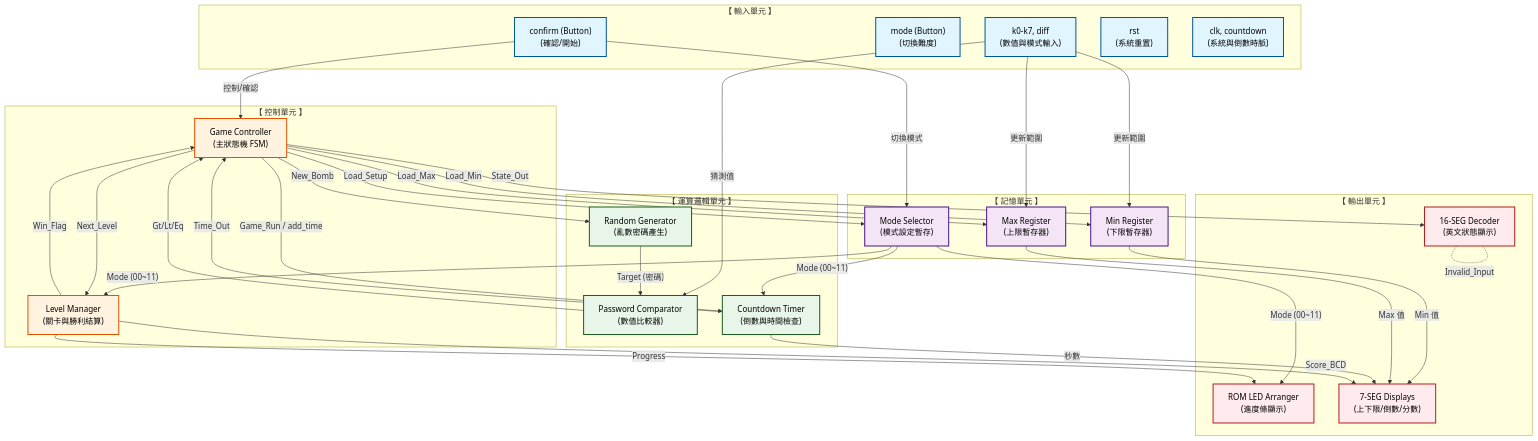
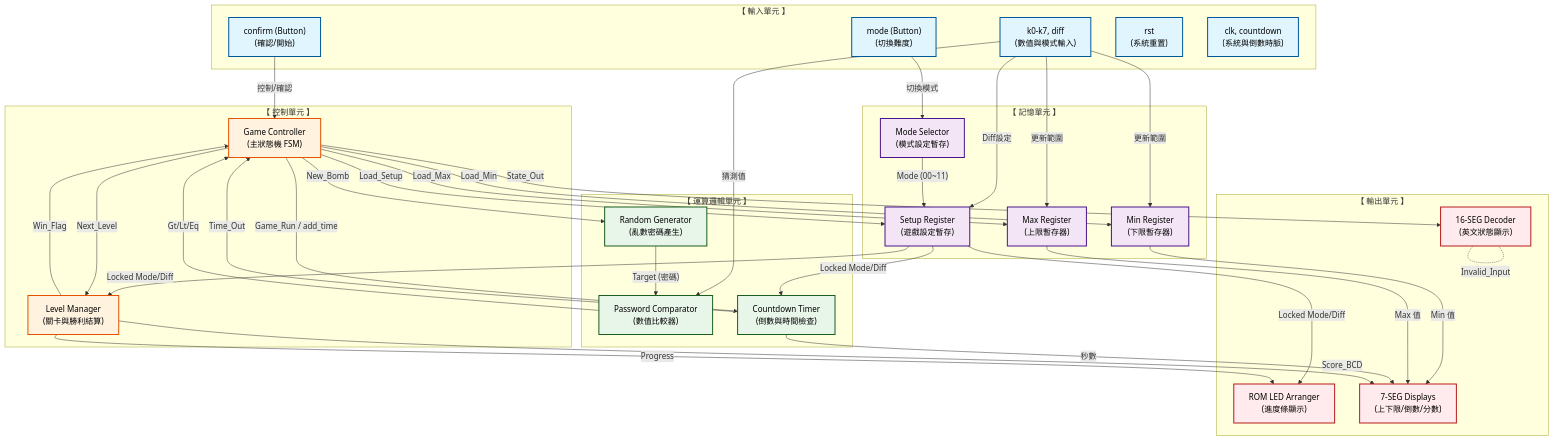
Before and after one commit to Annie04082020/UltimateBomb: the diagram in Structure.md, drawn with Mermaid.

Commit message:
docs: update project structure documentation to reflect current architecture

```diff
--- a/Structure.md
+++ b/Structure.md
@@ -29,6 +29,7 @@
 
     %% 記憶單元
     subgraph Memory_Unit ["【 記憶單元 】"]
+        M_Setup["Setup Register<br>(遊戲設定暫存)"]:::memory
         M_Mode["Mode Selector<br>(模式設定暫存)"]:::memory
         M_Min["Min Register<br>(下限暫存器)"]:::memory
         M_Max["Max Register<br>(上限暫存器)"]:::memory
@@ -52,15 +53,17 @@
 
     %% 輸入 -> 控制與運算
     I_Confirm -->|控制/確認| C_FSM
-    I_Confirm -->|切換模式| M_Mode
+    I_Mode -->|切換模式| M_Mode
     I_Switch -->|猜測值| A_Comp
     I_Switch -->|更新範圍| M_Min & M_Max
+    I_Switch -->|Diff設定| M_Setup
 
     %% 記憶 <-> 控制與運算
-    M_Mode -- "Mode (00~11)" --> C_Level & O_LED & A_Timer
+    M_Mode -- "Mode (00~11)" --> M_Setup
+    M_Setup -- "Locked Mode/Diff" --> C_Level & O_LED & A_Timer
     C_FSM -- "Load_Min" --> M_Min
     C_FSM -- "Load_Max" --> M_Max
-    C_FSM -- "Load_Setup" --> M_Mode
+    C_FSM -- "Load_Setup" --> M_Setup
     M_Min -- "Min 值" --> O_7Seg
     M_Max -- "Max 值" --> O_7Seg
 
```
